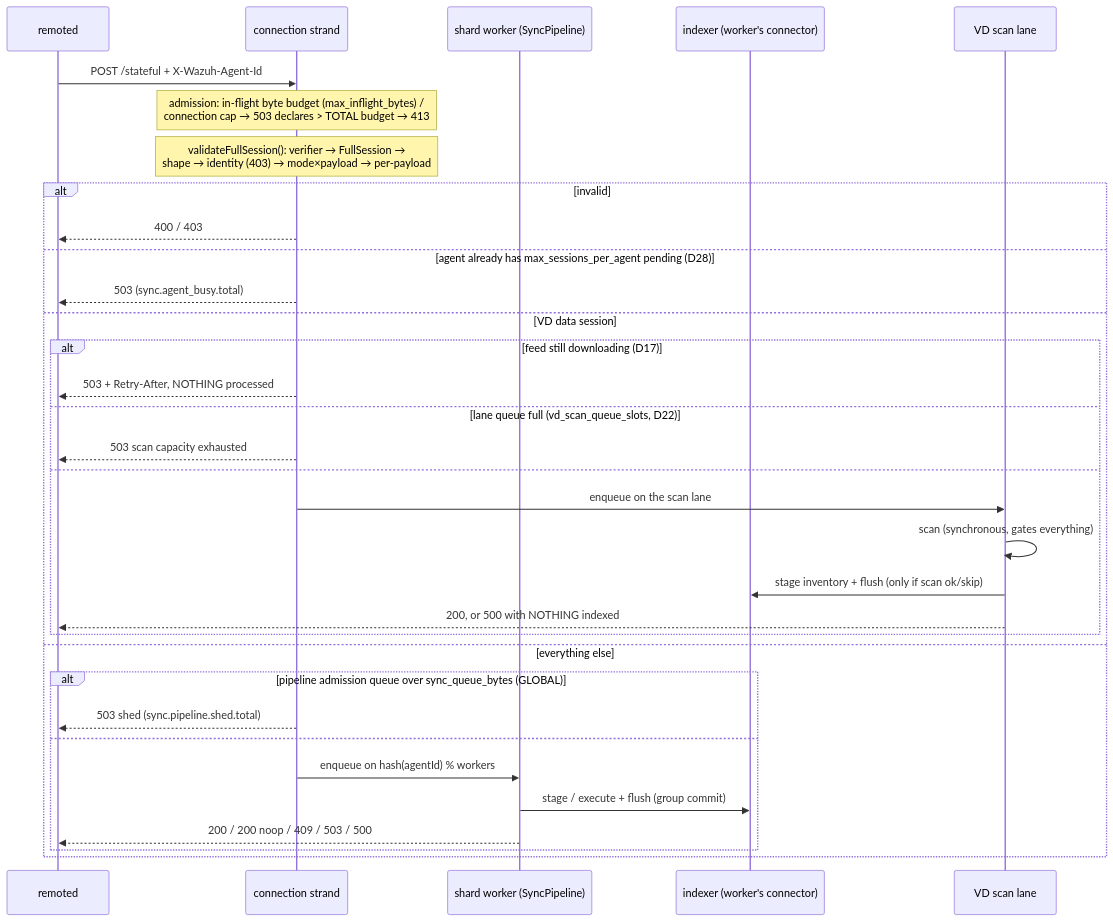
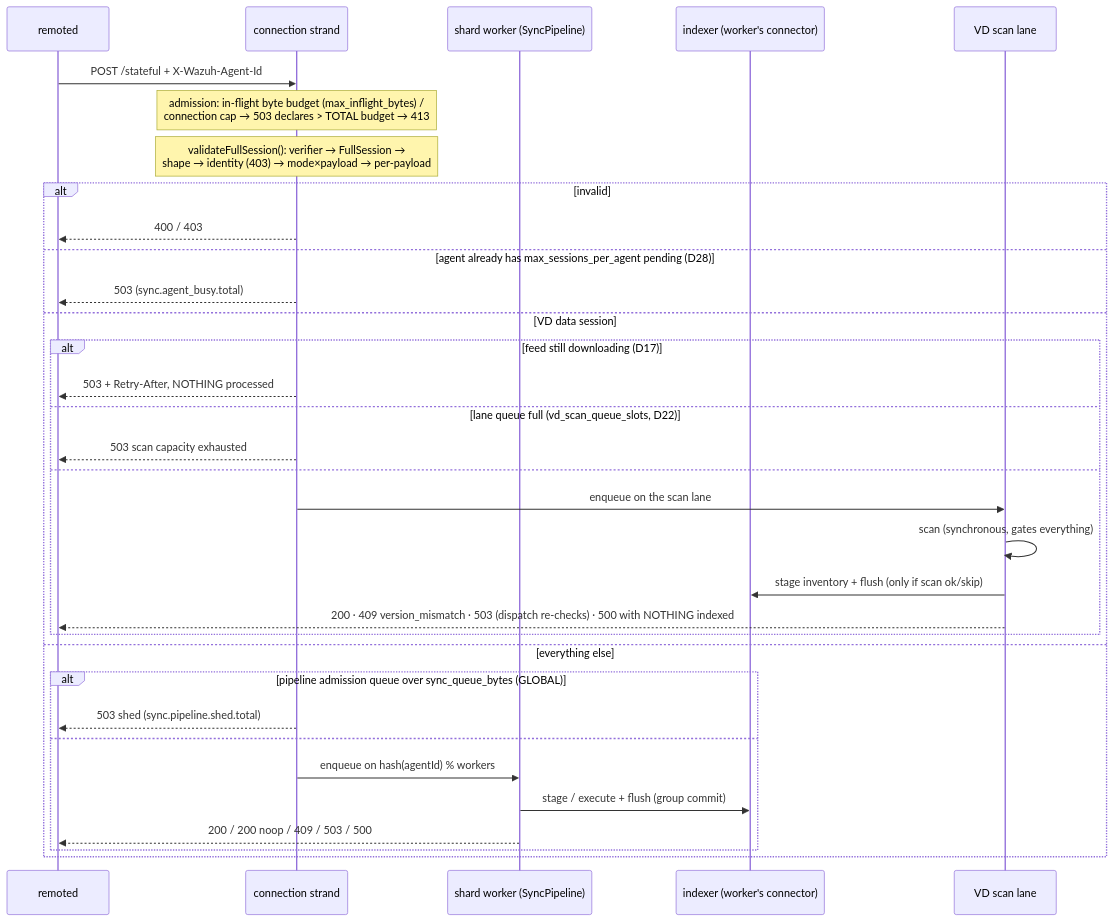
The second of 4 diagrams in src/wazuh_modules/inventory_sync_server/README.md (wazuh/wazuh), drawn with Mermaid before and after one commit. The commit also changed other lines of this file and 244 other files, not shown here.

````diff
--- a/src/wazuh_modules/inventory_sync_server/README.md
+++ b/src/wazuh_modules/inventory_sync_server/README.md
@@ -319,35 +323,35 @@
 ```mermaid
 sequenceDiagram
     participant R as remoted
     participant S as connection strand
     participant Q as shard worker (SyncPipeline)
     participant IDX as indexer (worker's connector)
     participant VQ as VD scan lane
     R->>S: POST /stateful + X-Wazuh-Agent-Id
     Note over S: admission: in-flight byte budget (max_inflight_bytes) /<br/>connection cap → 503 declares > TOTAL budget → 413
     Note over S: validateFullSession(): verifier → FullSession →<br/>shape → identity (403) → mode×payload → per-payload
     alt invalid
         S-->>R: 400 / 403
     else agent already has max_sessions_per_agent pending (D28)
         S-->>R: 503 (sync.agent_busy.total)
     else VD data session
         alt feed still downloading (D17)
             S-->>R: 503 + Retry-After, NOTHING processed
         else lane queue full (vd_scan_queue_slots, D22)
             S-->>R: 503 scan capacity exhausted
         else
             S->>VQ: enqueue on the scan lane
             VQ->>VQ: scan (synchronous, gates everything)
             VQ->>IDX: stage inventory + flush (only if scan ok/skip)
-            VQ-->>R: 200, or 500 with NOTHING indexed
+            VQ-->>R: 200 · 409 version_mismatch · 503 (dispatch re-checks) · 500 with NOTHING indexed
         end
     else everything else
         alt pipeline admission queue over sync_queue_bytes (GLOBAL)
             S-->>R: 503 shed (sync.pipeline.shed.total)
         else
             S->>Q: enqueue on hash(agentId) % workers
             Q->>IDX: stage / execute + flush (group commit)
             Q-->>R: 200 / 200 noop / 409 / 503 / 500
         end
     end
 ```
````
